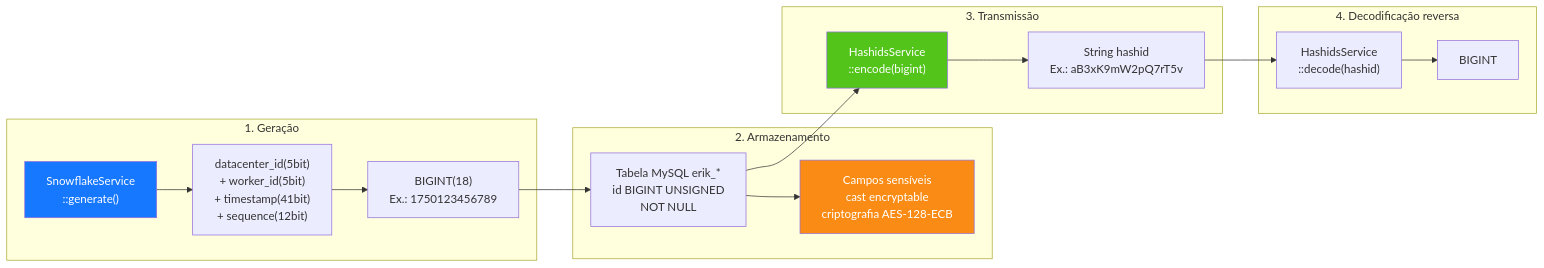
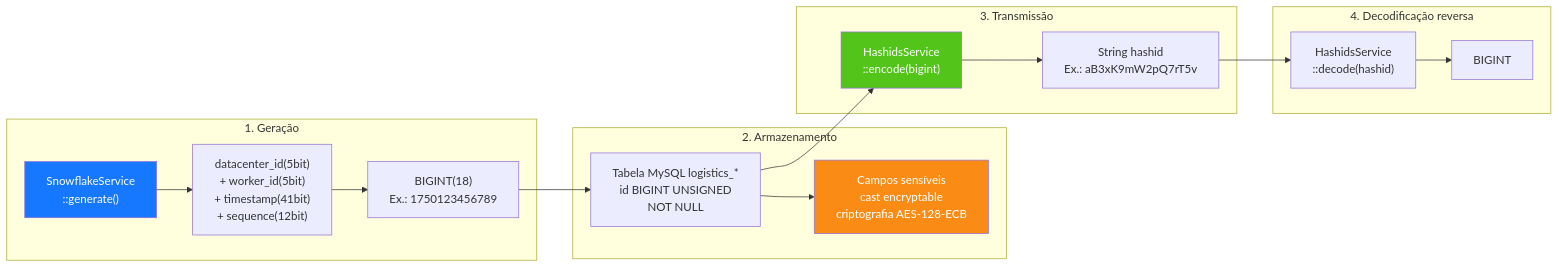
Before and after one commit to erikwang2013/integrated-global-logistics: the seventh of 14 diagrams in admin/docs/ARCHITECTURE.pt.md, drawn with Mermaid. The commit also changed other lines of this file and 211 other files, not shown here.

````diff
--- a/admin/docs/ARCHITECTURE.pt.md
+++ b/admin/docs/ARCHITECTURE.pt.md
@@ -364,33 +364,33 @@
 ```mermaid
 flowchart LR
     subgraph "1. Geração"
         G1["SnowflakeService<br/>::generate()"]
         G2["datacenter_id(5bit)<br/>+ worker_id(5bit)<br/>+ timestamp(41bit)<br/>+ sequence(12bit)"]
         G3["BIGINT(18)<br/>Ex.: 1750123456789"]
         G1 --> G2 --> G3
     end
 
     subgraph "2. Armazenamento"
-        S1["Tabela MySQL erik_*<br/>id BIGINT UNSIGNED<br/>NOT NULL"]
+        S1["Tabela MySQL logistics_*<br/>id BIGINT UNSIGNED<br/>NOT NULL"]
         S2["Campos sensíveis<br/>cast encryptable<br/>criptografia AES-128-ECB"]
         G3 --> S1
         S1 --> S2
     end
 
     subgraph "3. Transmissão"
         T1["HashidsService<br/>::encode(bigint)"]
         T2["String hashid<br/>Ex.: aB3xK9mW2pQ7rT5v"]
         S1 --> T1
         T1 --> T2
     end
 
     subgraph "4. Decodificação reversa"
         R1["HashidsService<br/>::decode(hashid)"]
         R2["BIGINT"]
         T2 --> R1 --> R2
     end
 
     style G1 fill:#1677FF,color:#fff
     style T1 fill:#52C41A,color:#fff
     style S2 fill:#FA8C16,color:#fff
 ```
````
